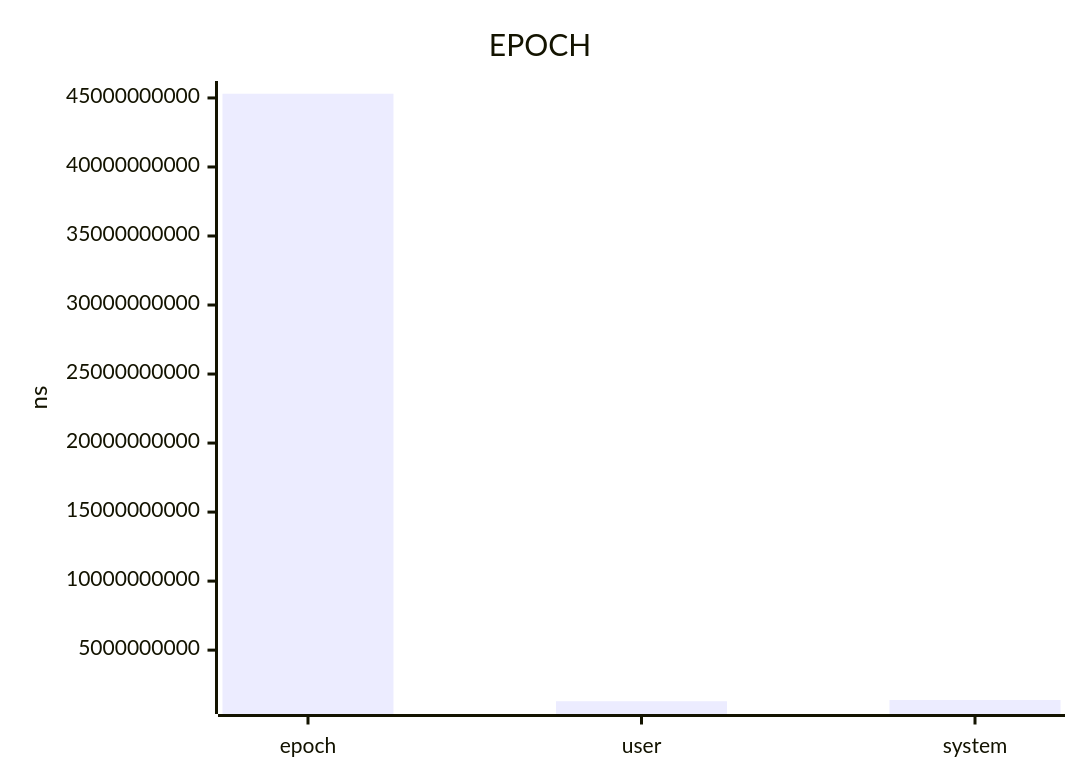
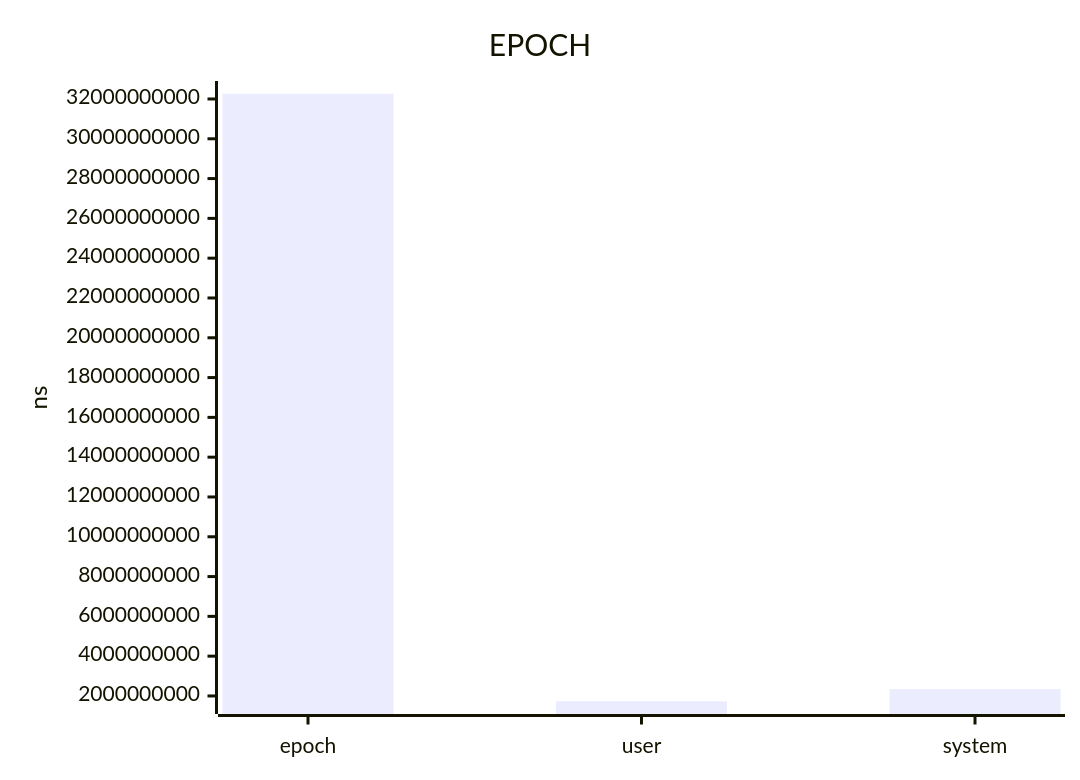
One commit to jrengmusic/whatdbg changed the diagram in benchmark/smoke-windows-report.md. Above: the diagram before and after it, drawn with Mermaid. The commit also changed other lines of this file and 36 other files, not shown here.

````diff
--- a/benchmark/smoke-windows-report.md
+++ b/benchmark/smoke-windows-report.md
@@ -19,7 +24,7 @@
 ```mermaid
 xychart-beta
 title "EPOCH"
 x-axis ["epoch", "user", "system"]
 y-axis "ns"
-bar [45304065400.00000000000000000, 1296875000.00000000000000000, 1390625000.00000000000000000]
+bar [32262846000.00000381469726562, 1734375000.00000000000000000, 2343750000.00000000000000000]
 ```
````
